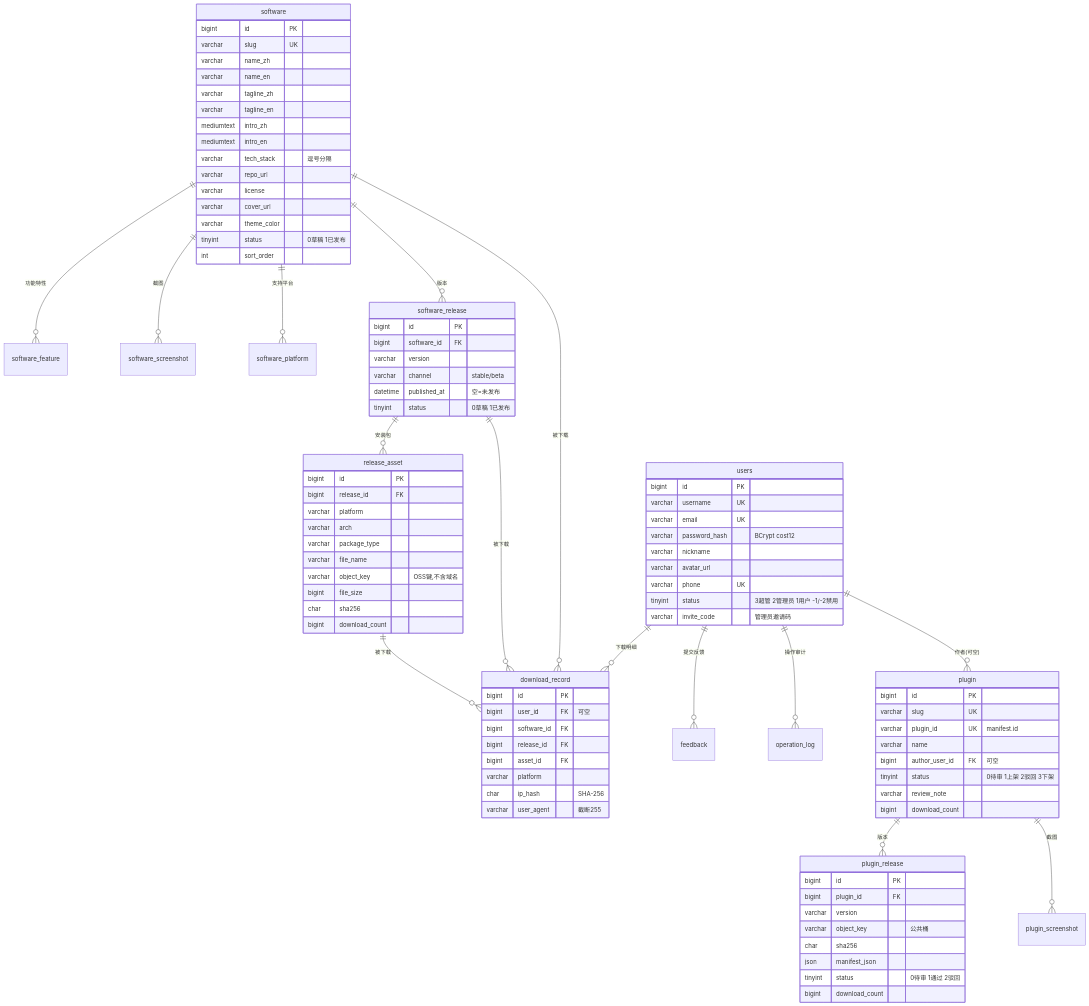
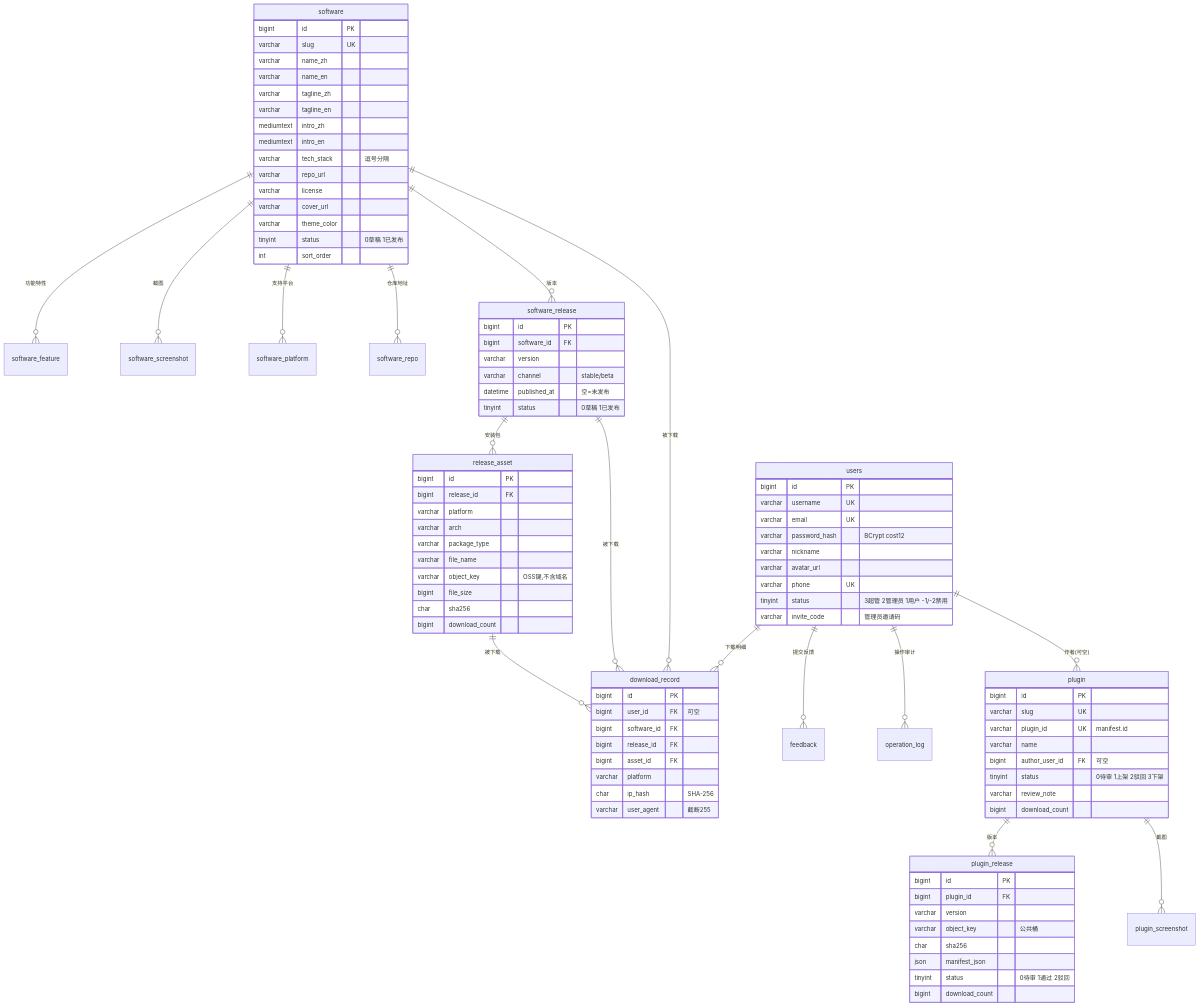
Before and after one commit to luofengwuqi/Hundun-Lab: the diagram in docs/03-数据字典.md, drawn with Mermaid. The commit also changed other lines of this file and 47 other files, not shown here.

```diff
--- a/docs/03-数据字典.md
+++ b/docs/03-数据字典.md
@@ -42,6 +44,7 @@
     software ||--o{ software_feature : "功能特性"
     software ||--o{ software_screenshot : "截图"
     software ||--o{ software_platform : "支持平台"
+    software ||--o{ software_repo : "仓库地址"
     software ||--o{ software_release : "版本"
     software ||--o{ download_record : "被下载"
 
```
